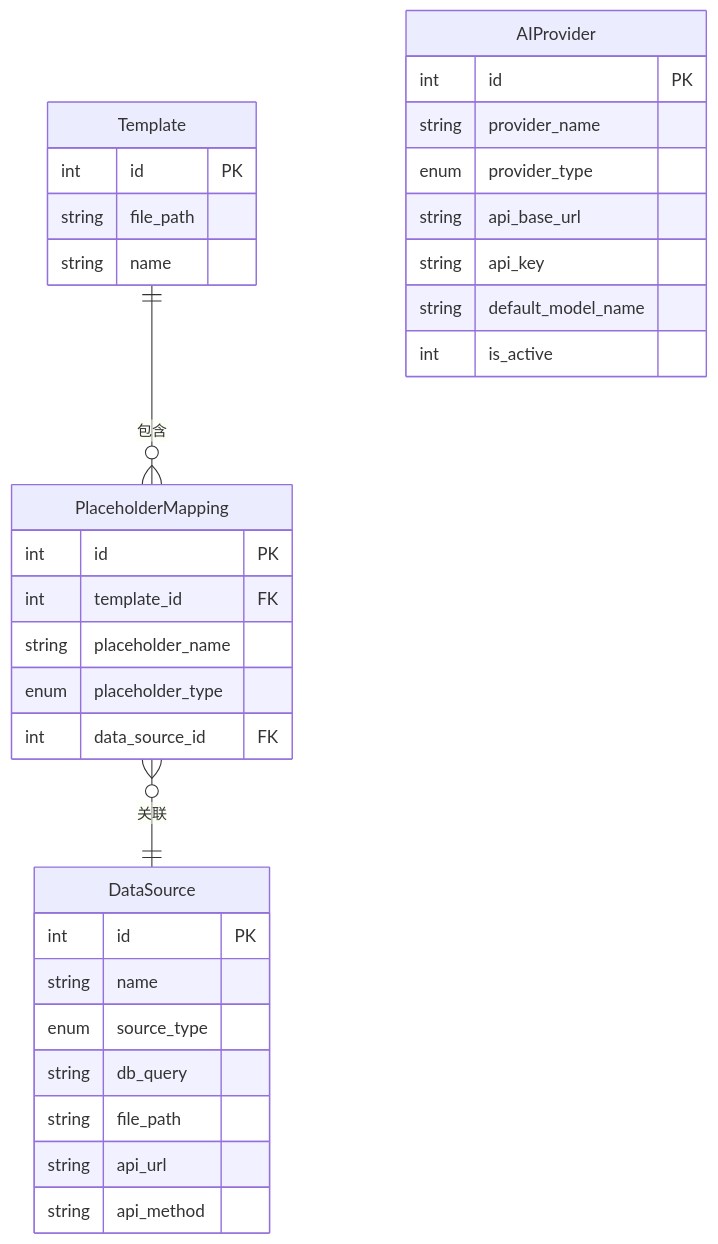
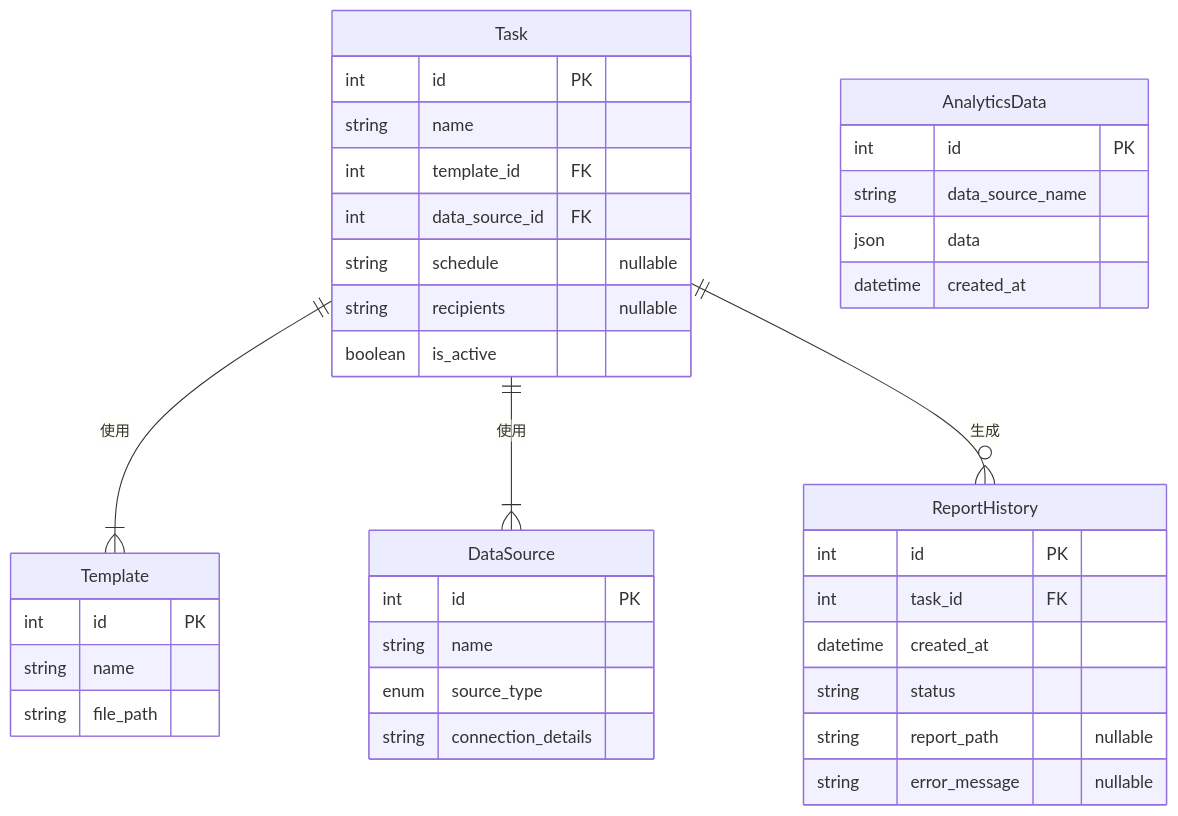
Before and after one commit to kongusen/AutoReportAI: the second of 2 diagrams in SYSTEM_ARCHITECTURE.md, drawn with Mermaid. The commit also changed other lines of this file and 48 other files, not shown here.

````diff
--- a/SYSTEM_ARCHITECTURE.md
+++ b/SYSTEM_ARCHITECTURE.md
@@ -78,35 +94,41 @@
 ```mermaid
 erDiagram
-    Template ||--o{ PlaceholderMapping : "包含"
-    PlaceholderMapping }o--|| DataSource : "关联"
-    AIProvider {
+    Task {
         int id PK
-        string provider_name
-        enum provider_type
-        string api_base_url
-        string api_key
-        string default_model_name
-        int is_active
+        string name
+        int template_id FK
+        int data_source_id FK
+        string schedule "nullable"
+        string recipients "nullable"
+        boolean is_active
+    }
+    Template {
+        int id PK
+        string name
+        string file_path
     }
     DataSource {
         int id PK
         string name
         enum source_type
-        string db_query
-        string file_path
-        string api_url
-        string api_method
+        string connection_details
     }
-    Template {
+    ReportHistory {
         int id PK
-        string file_path
-        string name
+        int task_id FK
+        datetime created_at
+        string status
+        string report_path "nullable"
+        string error_message "nullable"
     }
-    PlaceholderMapping {
+    AnalyticsData {
         int id PK
-        int template_id FK
-        string placeholder_name
-        enum placeholder_type
-        int data_source_id FK
+        string data_source_name
+        json data
+        datetime created_at
     }
+
+    Task ||--|{ Template : "使用"
+    Task ||--|{ DataSource : "使用"
+    Task ||--o{ ReportHistory : "生成"
 ```
````
